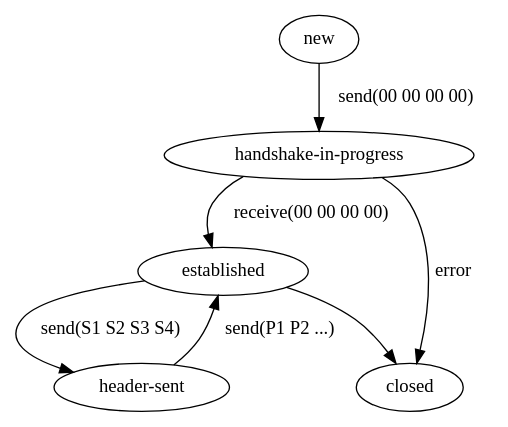
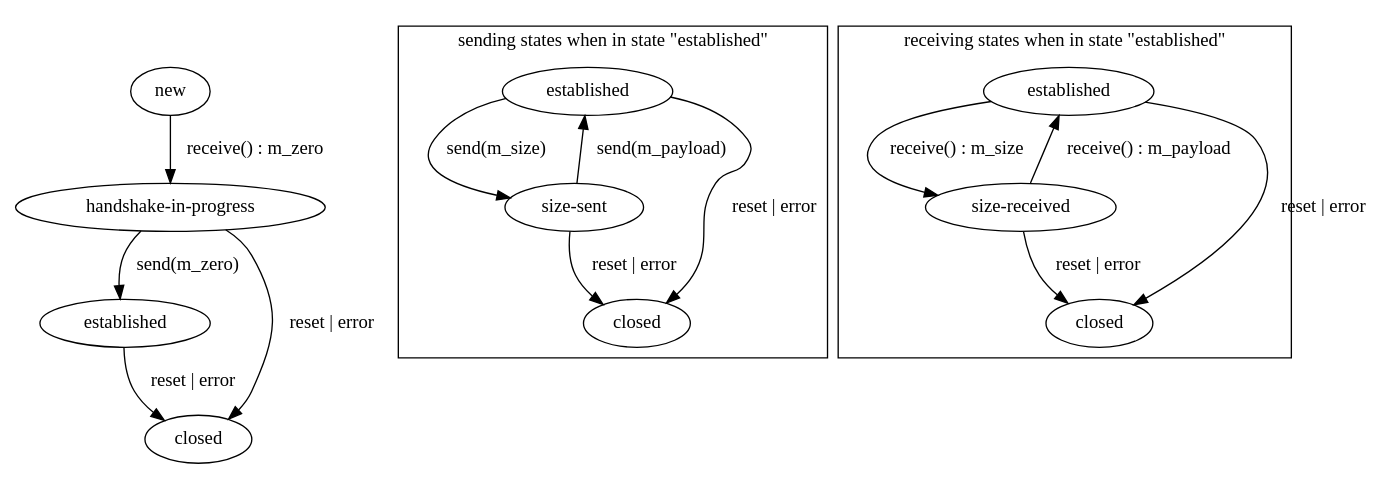
One commit to open-rsx/rsb-manual changed the second of 2 diagrams in specification.rst. Above: the diagram before and after it, drawn with Graphviz. The commit also changed other lines of this file, not shown here.

```diff
--- a/specification.rst
+++ b/specification.rst
@@ -293,13 +387,32 @@
-.. digraph:: foo
+.. digraph:: server_states
 
    "new";
    "handshake-in-progress";
    "established";
    "closed";
-   "new" -> "handshake-in-progress" [label="send(00 00 00 00)"];
-   "handshake-in-progress" -> "established" [label="receive(00 00 00 00)"];
-   "handshake-in-progress" -> "closed" [label="error"];
-   "established" -> "header-sent" [label="send(S1 S2 S3 S4)"];
-   "established" -> "closed";
-   "header-sent" -> "established" [label="send(P1 P2 ...)"];
-   "closed";
+   "new" -> "handshake-in-progress" [label="receive() : m_zero"];
+   "handshake-in-progress" -> "established" [label="send(m_zero)"];
+   "handshake-in-progress" -> "closed" [label="reset | error"];
+   "established" -> "closed" [label="reset | error"];
+
+    subgraph cluster_established_send {
+     label="sending states when in state \"established\""
+     "established-send" [label="established"];
+     "size-sent";
+     "closed-send" [label="closed"];
+     "established-send" -> "size-sent" [label="send(m_size)"];
+     "size-sent" -> "established-send" [label="send(m_payload)"];
+     "established-send" -> "closed-send" [label="reset | error"];
+     "size-sent" -> "closed-send" [label="reset | error"];
+   };
+
+    subgraph cluster_established_receive {
+     label="receiving states when in state \"established\""
+     "established-receive" [label="established"];
+     "size-received";
+     "closed-receive" [label="closed"];
+     "established-receive" -> "size-received" [label="receive() : m_size"];
+     "size-received" -> "established-receive" [label="receive() : m_payload"];
+     "established-receive" -> "closed-receive" [label="reset | error"];
+     "size-received" -> "closed-receive" [label="reset | error"];
+   };
```
